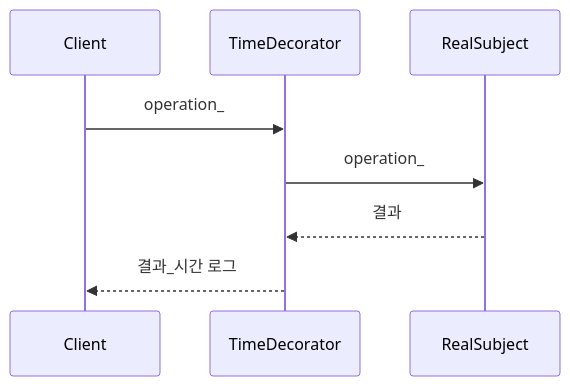
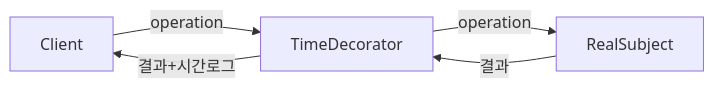
The third of 11 diagrams in _posts/spring/2026-05-02-spring-core-advanced.md (yjkim2015/yjkim2015.github.io), drawn with Mermaid before and after one commit. The commit also changed other lines of this file and 84 other files, not shown here.

First line of the commit message:
85개 포스트 Mermaid 다이어그램 규칙 일괄 수정

````diff
--- a/_posts/spring/2026-05-02-spring-core-advanced.md
+++ b/_posts/spring/2026-05-02-spring-core-advanced.md
@@ -131,10 +125,7 @@
 ```mermaid
-sequenceDiagram
-    participant C as Client
-    participant T as TimeDecorator
-    participant R as RealSubject
-    C->>T: operation_
-    T->>R: operation_
-    R-->>T: 결과
-    T-->>C: 결과_시간 로그
+graph LR
+    C["Client"] -->|"operation"| T["TimeDecorator"]
+    T -->|"operation"| R["RealSubject"]
+    R -->|"결과"| T
+    T -->|"결과+시간로그"| C
 ```
````
